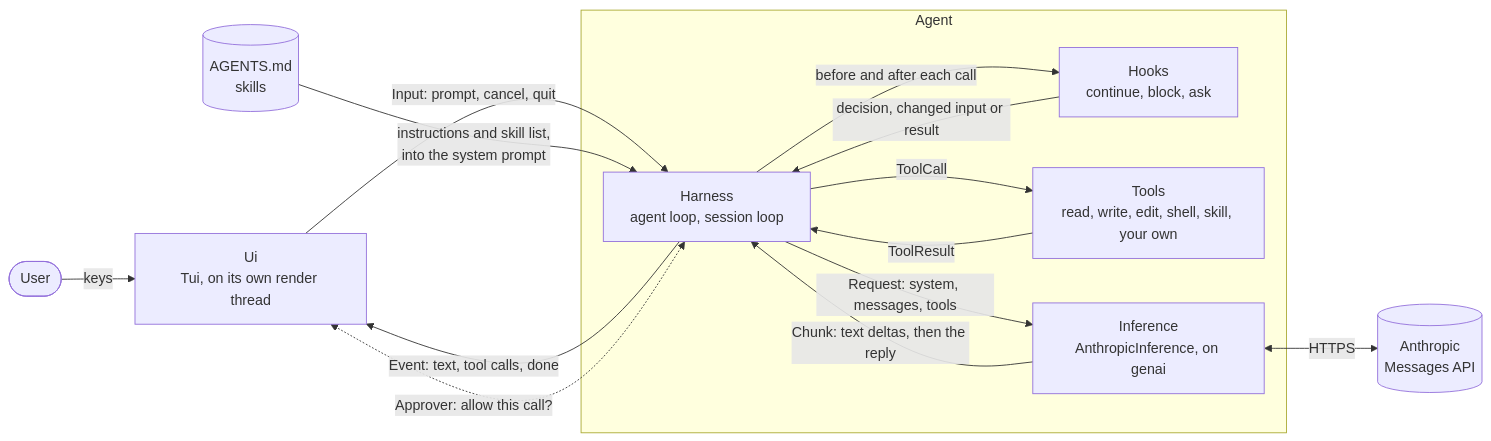
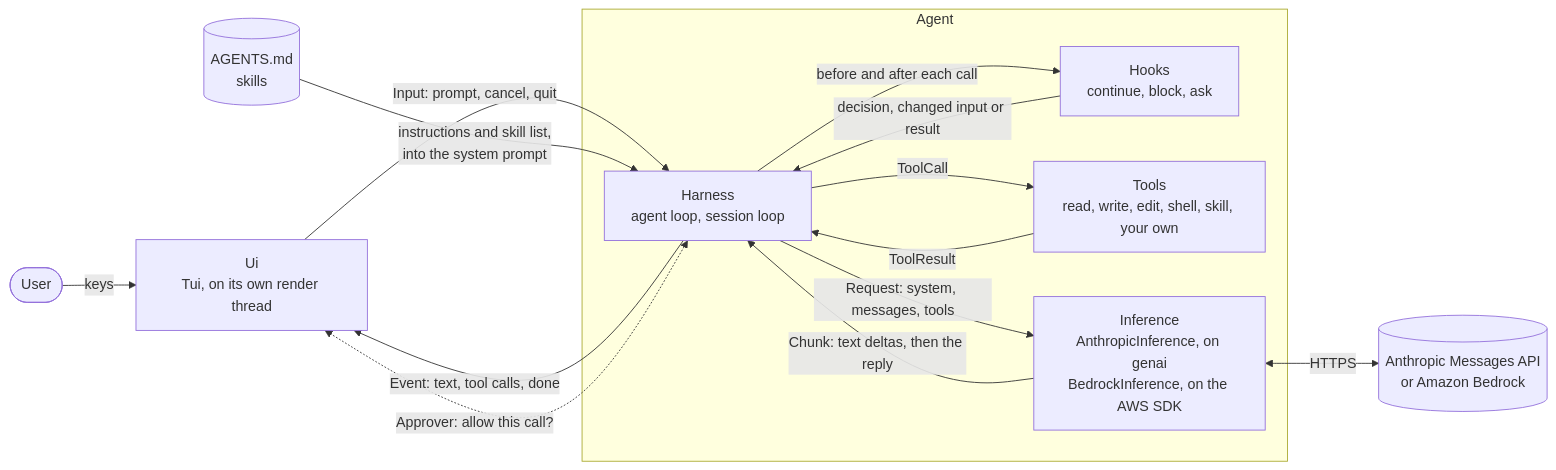
One commit to ollivarila/haarniska changed the diagram in README.md. Above: the diagram before and after it, drawn with Mermaid. The commit also changed other lines of this file and 11 other files, not shown here.

Commit message:
feat(inference): add Amazon Bedrock adapter

````diff
--- a/README.md
+++ b/README.md
@@ -43,28 +45,28 @@
 ```mermaid
 flowchart LR
     user([User])
-    api[(Anthropic<br/>Messages API)]
+    api[(Anthropic Messages API<br/>or Amazon Bedrock)]
     files[("AGENTS.md<br/>skills")]
 
     subgraph agent [Agent]
         harness["Harness<br/>agent loop, session loop"]
         hooks["Hooks<br/>continue, block, ask"]
         tools["Tools<br/>read, write, edit, shell, skill, your own"]
-        inference["Inference<br/>AnthropicInference, on genai"]
+        inference["Inference<br/>AnthropicInference, on genai<br/>BedrockInference, on the AWS SDK"]
     end
 
     ui["Ui<br/>Tui, on its own render thread"]
 
     user -- keys --> ui
     ui -- "Input: prompt, cancel, quit" --> harness
     harness -- "Event: text, tool calls, done" --> ui
     harness <-.->|"Approver: allow this call?"| ui
     files -- "instructions and skill list,<br/>into the system prompt" --> harness
     harness -- "Request: system, messages, tools" --> inference
     inference -- "Chunk: text deltas, then the reply" --> harness
     harness -- "before and after each call" --> hooks
     hooks -- "decision, changed input or result" --> harness
     harness -- ToolCall --> tools
     tools -- ToolResult --> harness
     inference <-->|HTTPS| api
 ```
````
